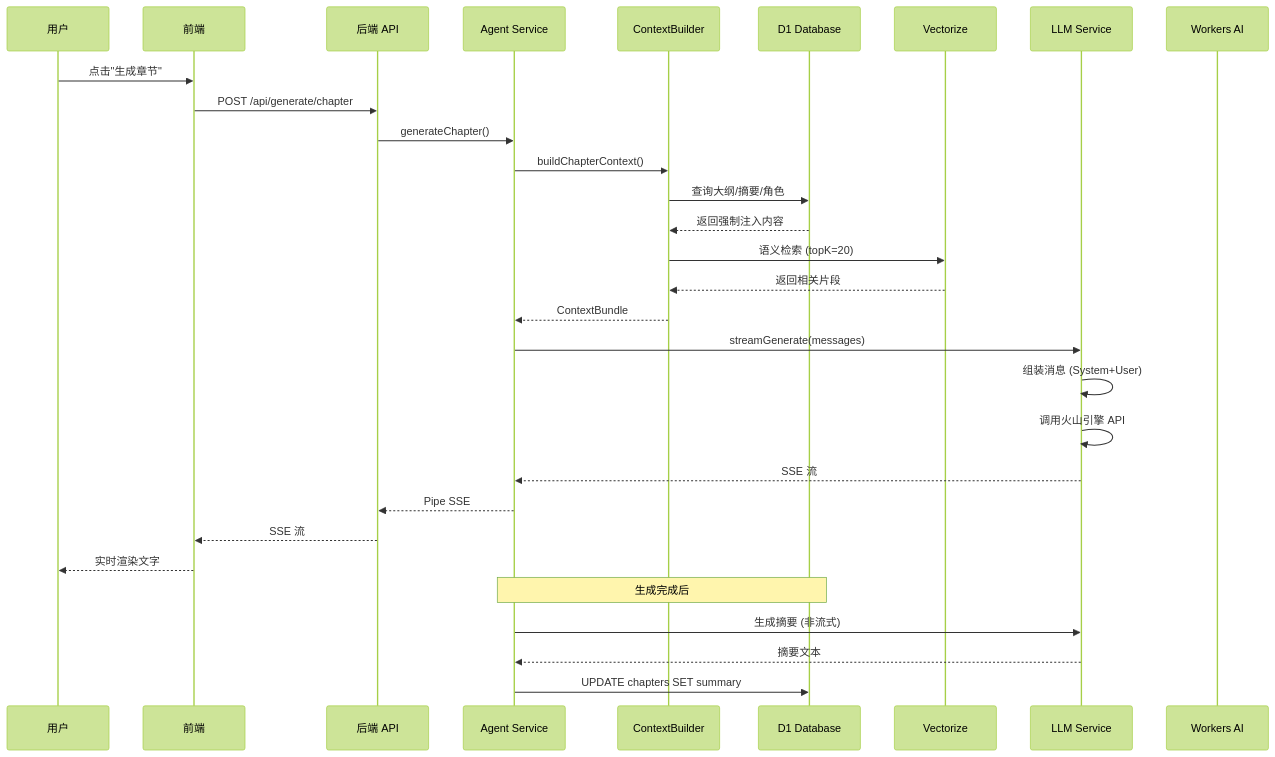
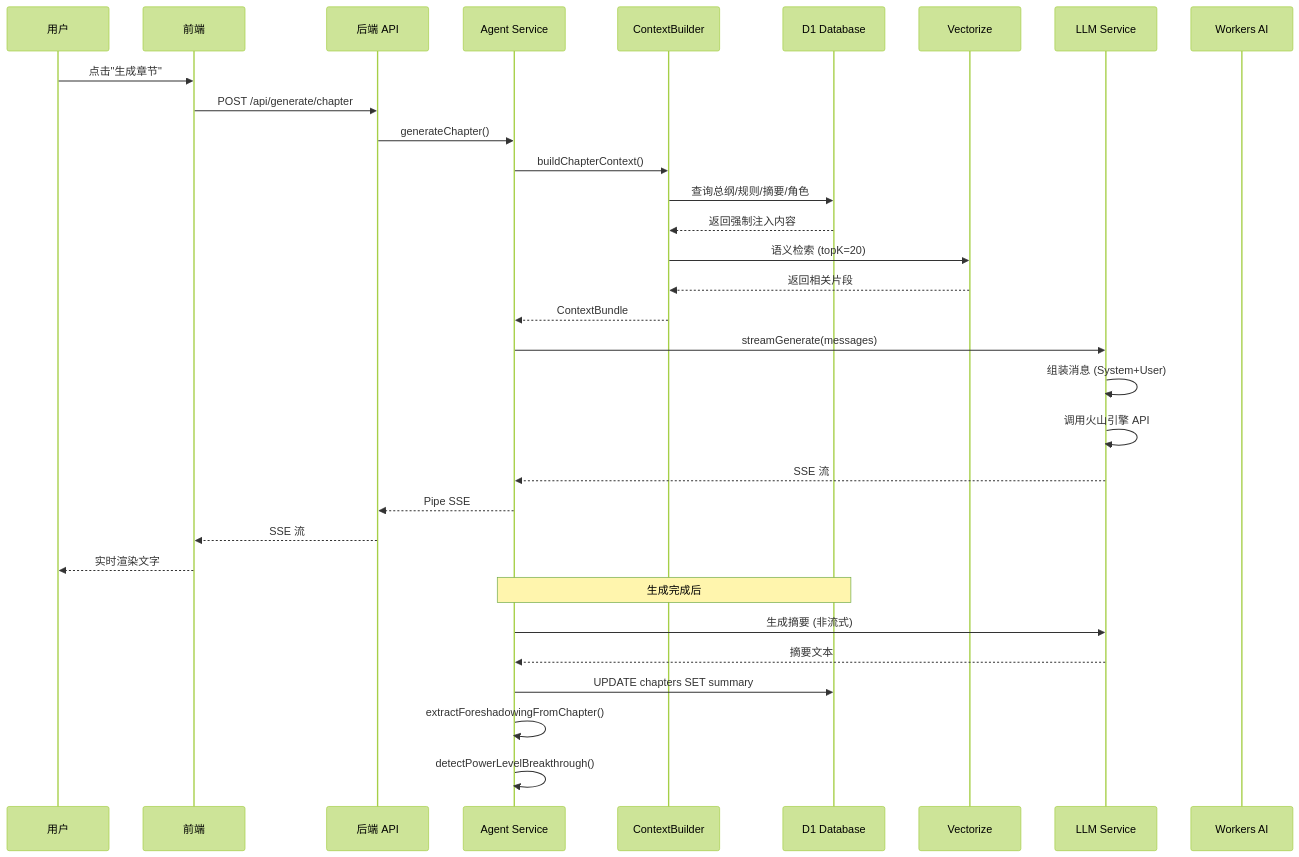
One commit to Zoroaaa/NovelForge changed the diagram in docs/ARCHITECTURE.md. Above: the diagram before and after it, drawn with Mermaid (forest theme). The commit also changed other lines of this file and 68 other files, not shown here.

````diff
--- a/docs/ARCHITECTURE.md
+++ b/docs/ARCHITECTURE.md
@@ -469,34 +692,36 @@
 ```mermaid
 sequenceDiagram
     participant User as 用户
     participant FE as 前端
     participant BE as 后端 API
     participant Agent as Agent Service
     participant CB as ContextBuilder
     participant DB as D1 Database
     participant V as Vectorize
     participant LLM as LLM Service
     participant AI as Workers AI
 
     User->>FE: 点击"生成章节"
     FE->>BE: POST /api/generate/chapter
     BE->>Agent: generateChapter()
     Agent->>CB: buildChapterContext()
-    CB->>DB: 查询大纲/摘要/角色
+    CB->>DB: 查询总纲/规则/摘要/角色
     DB-->>CB: 返回强制注入内容
     CB->>V: 语义检索 (topK=20)
     V-->>CB: 返回相关片段
     CB-->>Agent: ContextBundle
     Agent->>LLM: streamGenerate(messages)
     LLM->>LLM: 组装消息 (System+User)
     LLM->>LLM: 调用火山引擎 API
     LLM-->>Agent: SSE 流
     Agent-->>BE: Pipe SSE
     BE-->>FE: SSE 流
     FE-->>User: 实时渲染文字
     
     Note over Agent,DB: 生成完成后
     Agent->>LLM: 生成摘要 (非流式)
     LLM-->>Agent: 摘要文本
     Agent->>DB: UPDATE chapters SET summary
+    Agent->>Agent: extractForeshadowingFromChapter()
+    Agent->>Agent: detectPowerLevelBreakthrough()
 ```
````
